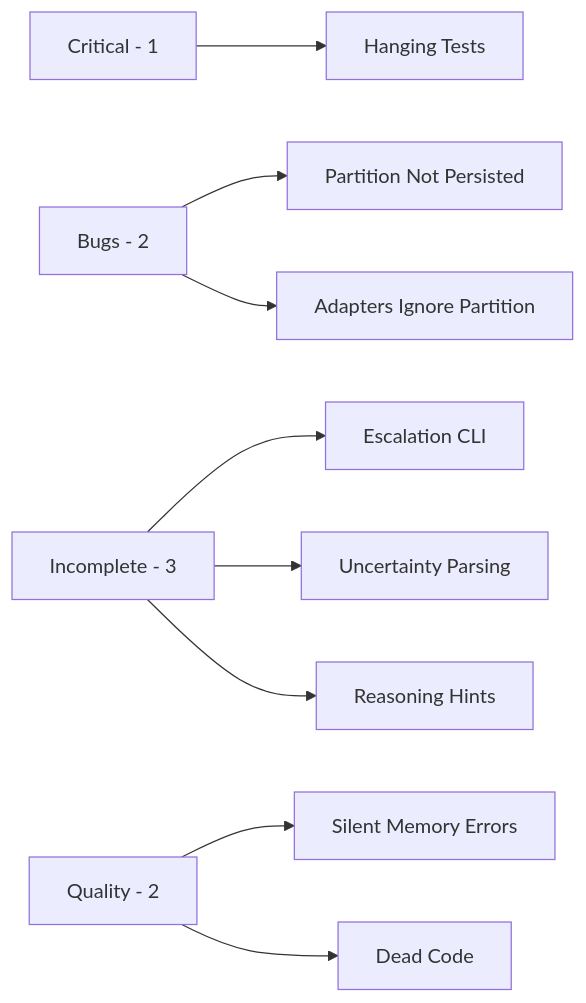
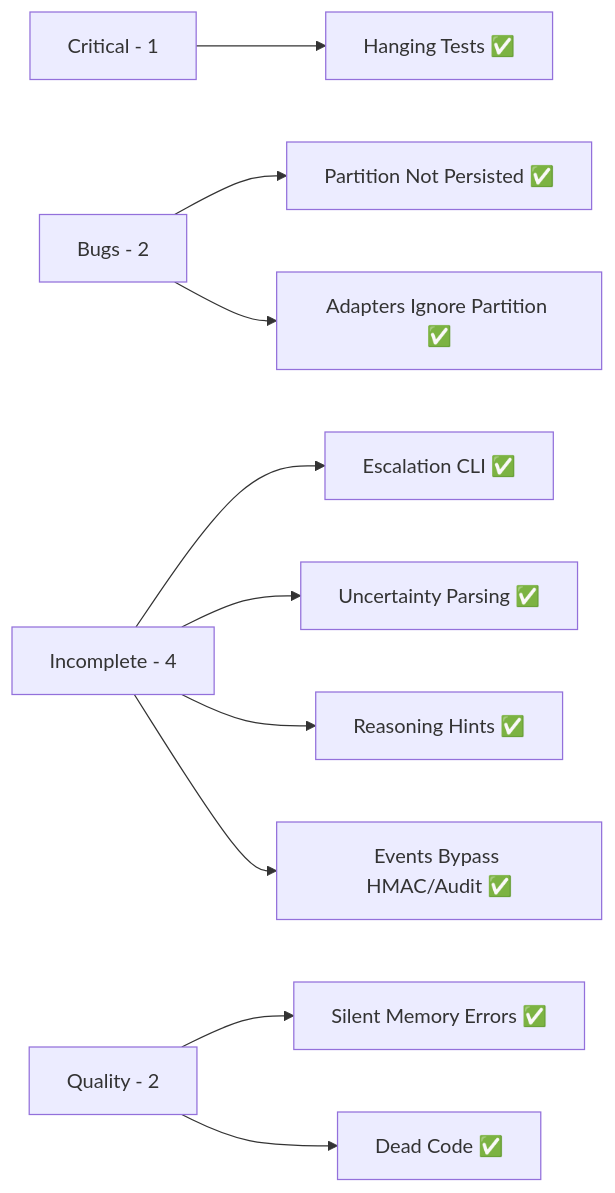
The diagram in obsidian-vault/roadmap/Issues and Fixes.md (AjasMohammed/Agos), drawn with Mermaid before and after one commit. The commit also changed other lines of this file and 144 other files, not shown here.

````diff
--- a/obsidian-vault/roadmap/Issues and Fixes.md
+++ b/obsidian-vault/roadmap/Issues and Fixes.md
@@ -311,11 +171,12 @@
 ```mermaid
 graph LR
-    A[Critical - 1] --> A1[Hanging Tests]
-    B[Bugs - 2] --> B1[Partition Not Persisted]
-    B --> B2[Adapters Ignore Partition]
-    C[Incomplete - 3] --> C1[Escalation CLI]
-    C --> C2[Uncertainty Parsing]
-    C --> C3[Reasoning Hints]
-    D[Quality - 2] --> D1[Silent Memory Errors]
-    D --> D2[Dead Code]
+    A[Critical - 1] --> A1[Hanging Tests ✅]
+    B[Bugs - 2] --> B1[Partition Not Persisted ✅]
+    B --> B2[Adapters Ignore Partition ✅]
+    C[Incomplete - 4] --> C1[Escalation CLI ✅]
+    C --> C2[Uncertainty Parsing ✅]
+    C --> C3[Reasoning Hints ✅]
+    C --> C4[Events Bypass HMAC/Audit ✅]
+    D[Quality - 2] --> D1[Silent Memory Errors ✅]
+    D --> D2[Dead Code ✅]
 ```
````
